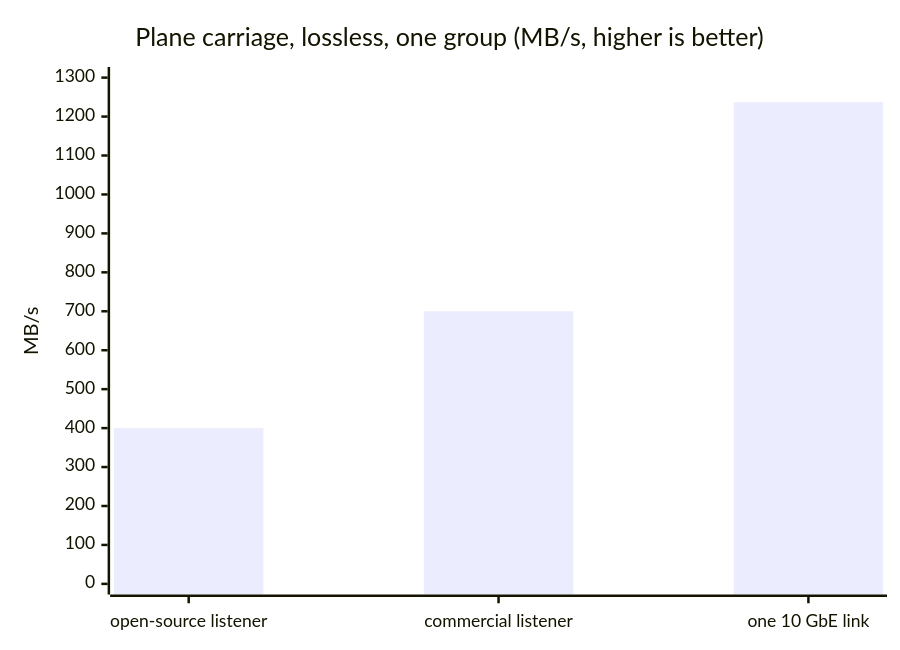
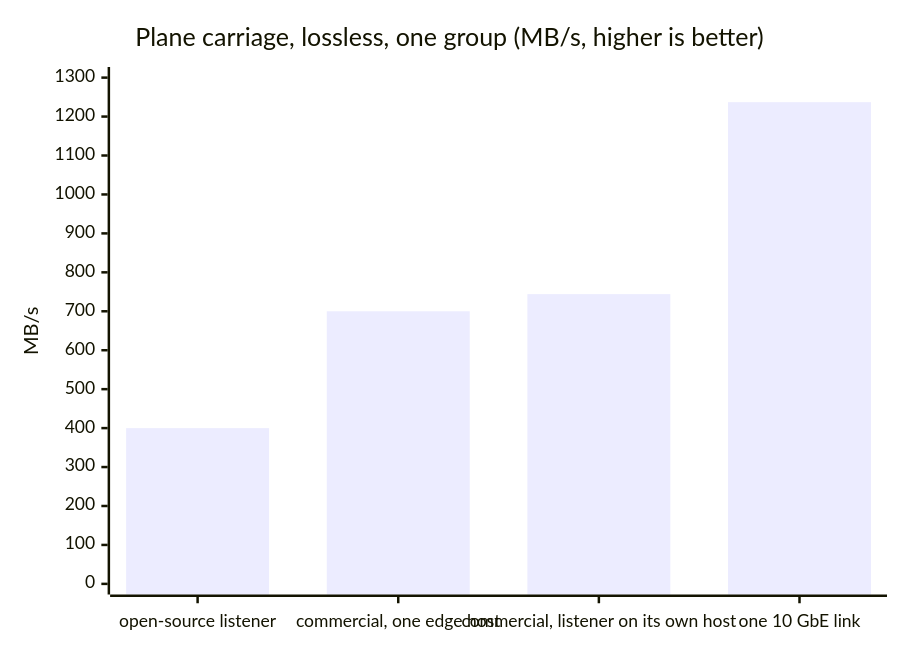
One commit to lightwebinc/bstore changed the second of 3 diagrams in docs/benchmarks.md. Above: the diagram before and after it, drawn with Mermaid. The commit also changed other lines of this file, not shown here.

Commit message:
[Fix] benchmarks: split-edge carriage

````diff
--- a/docs/benchmarks.md
+++ b/docs/benchmarks.md
@@ -66,7 +66,7 @@
 ```mermaid
 xychart-beta
     title "Plane carriage, lossless, one group (MB/s, higher is better)"
-    x-axis ["open-source listener", "commercial listener", "one 10 GbE link"]
+    x-axis ["open-source listener", "commercial, one edge host", "commercial, listener on its own host", "one 10 GbE link"]
     y-axis "MB/s" 0 --> 1300
-    bar [400, 700, 1237]
+    bar [400, 700, 744, 1237]
 ```
````
